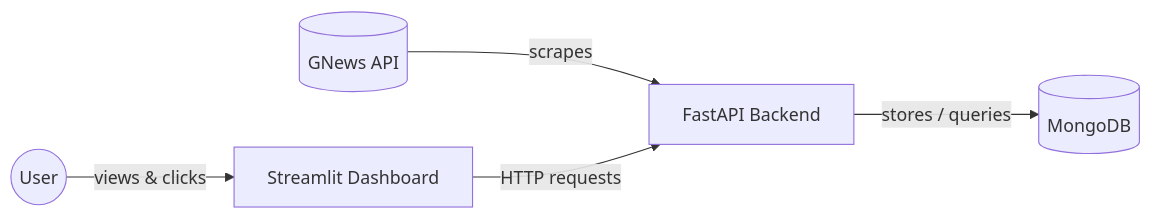
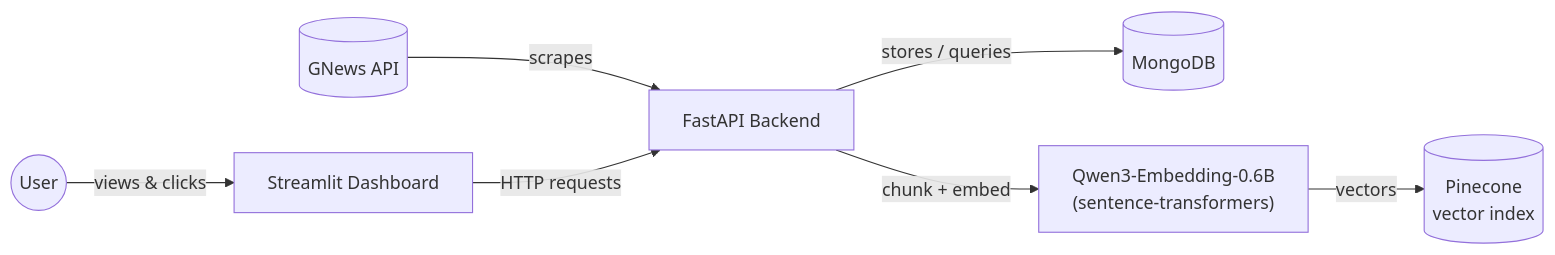
The diagram in Readme.md (yassinembasskar/news-scraper-ymo), drawn with Mermaid before and after one commit. The commit also changed other lines of this file and 4 other files, not shown here.

````diff
--- a/Readme.md
+++ b/Readme.md
@@ -39,7 +40,9 @@
 ```mermaid
 flowchart LR
     GNews[("GNews API")] -->|scrapes| Backend["FastAPI Backend"]
     Backend -->|stores / queries| Mongo[("MongoDB")]
+    Backend -->|chunk + embed| Model["Qwen3-Embedding-0.6B\n(sentence-transformers)"]
+    Model -->|vectors| Pinecone[("Pinecone\nvector index")]
     Frontend["Streamlit Dashboard"] -->|HTTP requests| Backend
     User(("User")) -->|views & clicks| Frontend
 ```
````
